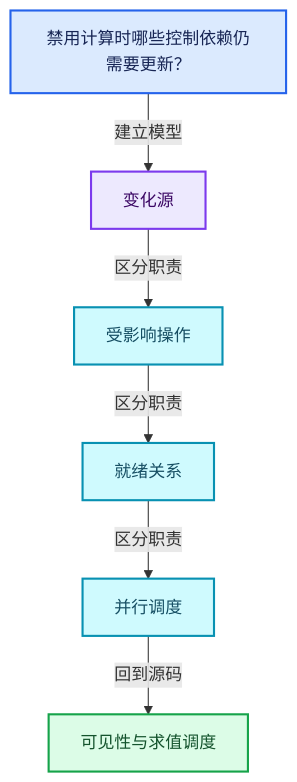
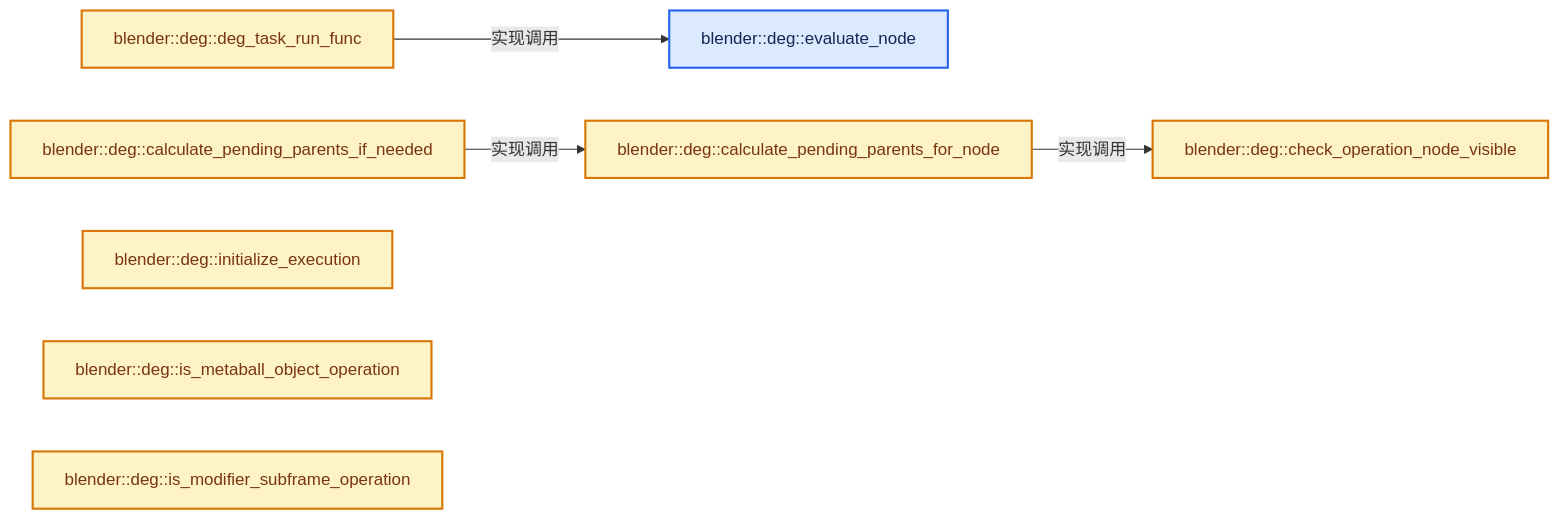
Before and after one commit to yunkezengren/blender-.vscode: the second of 4 diagrams in 杂/markdown/全面学习-codex/11-Depsgraph与并行任务系统/06-可见性与求值调度.md, drawn with Mermaid. The commit also changed other lines of this file and 1930 other files, not shown here.

````diff
--- a/杂/markdown/全面学习-codex/11-Depsgraph与并行任务系统/06-可见性与求值调度.md
+++ b/杂/markdown/全面学习-codex/11-Depsgraph与并行任务系统/06-可见性与求值调度.md
@@ -61,20 +46,20 @@
 ```mermaid
-flowchart TB
-  Q["禁用计算时哪些控制依赖仍需要更新？"]:::input
-  C0["变化源"]:::abstraction
-  C1["受影响操作"]:::data
-  C2["就绪关系"]:::data
-  C3["并行调度"]:::data
-  R["可见性与求值调度"]:::result
-  Q -->|"建立模型"| C0
-  C0 -->|"区分职责"| C1
-  C1 -->|"区分职责"| C2
-  C2 -->|"区分职责"| C3
-  C3 -->|"回到源码"| R
+flowchart LR
+  F0["blender::deg::evaluate_node"]:::input
+  F1["blender::deg::deg_task_run_func"]:::compute
+  F2["blender::deg::check_operation_node_visible"]:::compute
+  F3["blender::deg::calculate_pending_parents_for_node"]:::compute
+  F4["blender::deg::calculate_pending_parents_if_needed"]:::compute
+  F5["blender::deg::initialize_execution"]:::compute
+  F6["blender::deg::is_metaball_object_operation"]:::compute
+  F7["blender::deg::is_modifier_subframe_operation"]:::compute
+  F1 -->|"实现调用"| F0
+  F3 -->|"实现调用"| F2
+  F4 -->|"实现调用"| F3
   classDef input fill:#DBEAFE,stroke:#2563EB,color:#172554,stroke-width:2px;
   classDef data fill:#CFFAFE,stroke:#0891B2,color:#164E63,stroke-width:2px;
   classDef abstraction fill:#EDE9FE,stroke:#7C3AED,color:#3B0764,stroke-width:2px;
   classDef compute fill:#FEF3C7,stroke:#D97706,color:#78350F,stroke-width:2px;
   classDef result fill:#DCFCE7,stroke:#16A34A,color:#14532D,stroke-width:2px;
   classDef error fill:#FEE2E2,stroke:#DC2626,color:#7F1D1D,stroke-width:2px;
 ```
````
